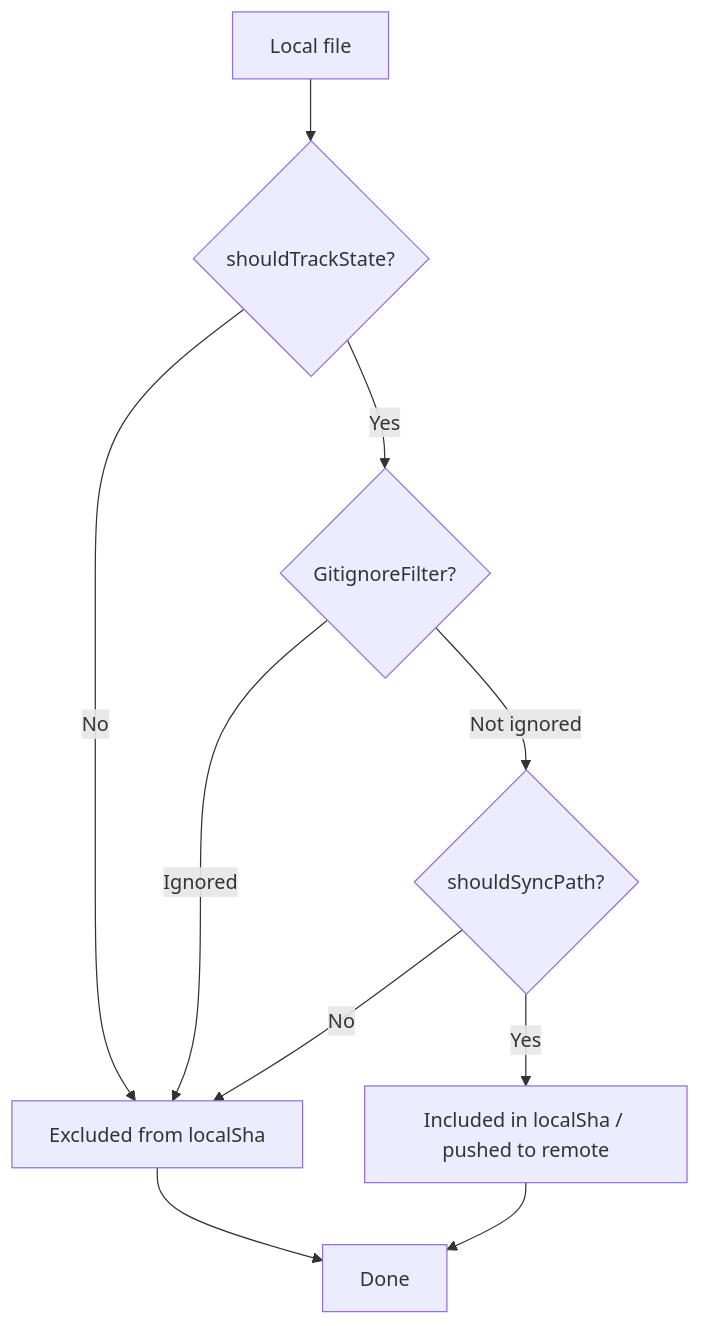
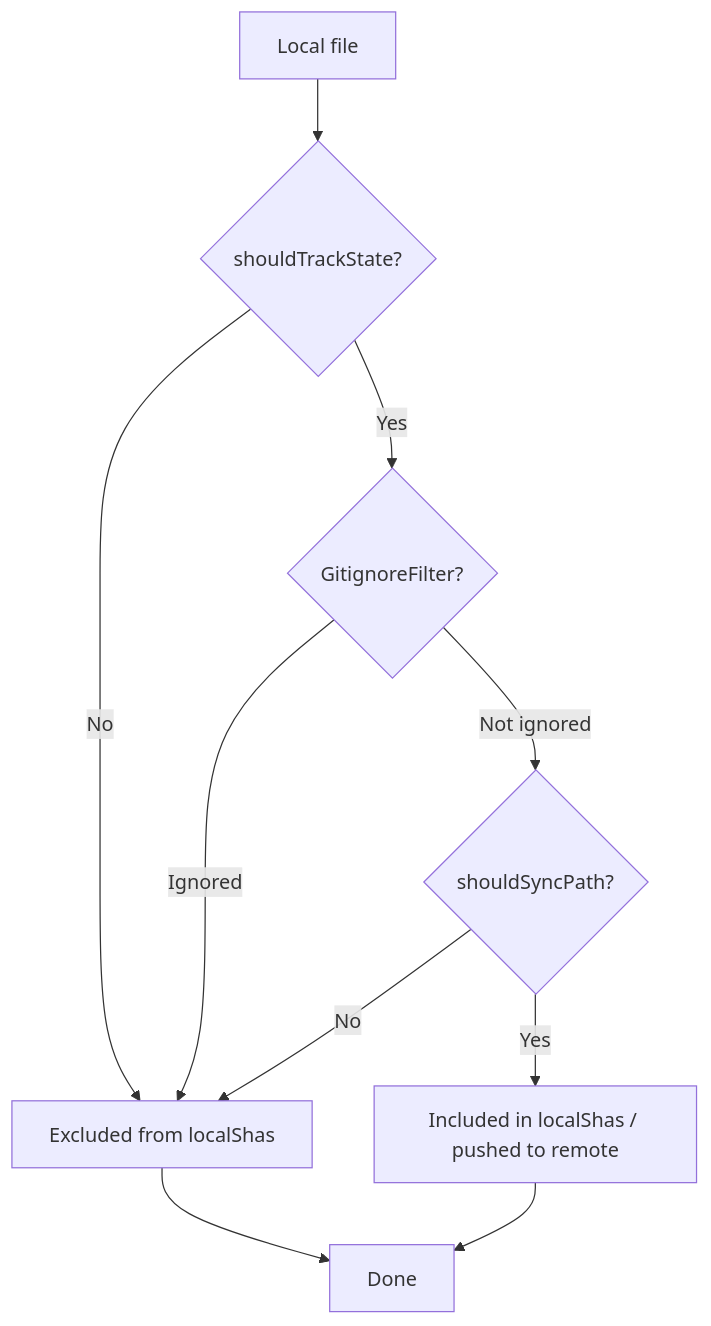
The third of 6 diagrams in docs/sync-logic.md (joshuakto/fit), drawn with Mermaid before and after one commit. The commit also changed other lines of this file and 11 other files, not shown here.

Commit message:
fix local SHA calculations to use canonical SHAs (#278)

````diff
--- a/docs/sync-logic.md
+++ b/docs/sync-logic.md
@@ -338,13 +338,13 @@
 ```mermaid
 flowchart TD
     Start[Local file] --> Trackable{shouldTrackState?}
-    Trackable -->|No| Skip[Excluded from localSha]
+    Trackable -->|No| Skip[Excluded from localShas]
     Trackable -->|Yes| Gitignore{GitignoreFilter?}
     Gitignore -->|Ignored| Skip
     Gitignore -->|Not ignored| Protected{shouldSyncPath?}
     Protected -->|No| Skip
-    Protected -->|Yes| Tracked[Included in localSha / pushed to remote]
+    Protected -->|Yes| Tracked[Included in localShas / pushed to remote]
 
     Skip --> End[Done]
     Tracked --> End
 ```
````
